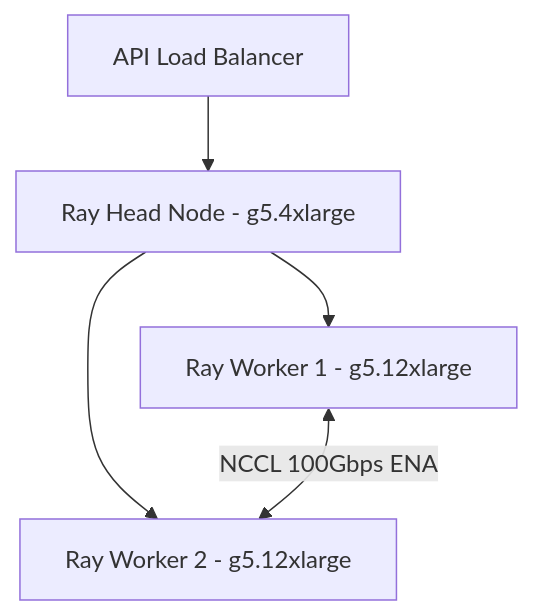
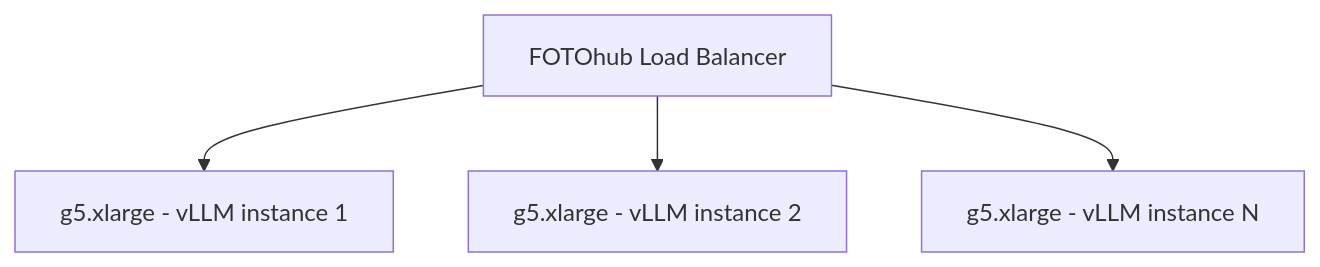
Before and after one commit to fotohubapp/docs: the first of 2 diagrams in compute/benchmarks-comparison.md, drawn with Mermaid. The commit also changed other lines of this file and 91 other files, not shown here.

````diff
--- a/compute/benchmarks-comparison.md
+++ b/compute/benchmarks-comparison.md
@@ -258,7 +278,6 @@
 ```mermaid
 graph TD
-    LB[API Load Balancer] --> Head[Ray Head Node - g5.4xlarge]
-    Head --> Worker1[Ray Worker 1 - g5.12xlarge]
-    Head --> Worker2[Ray Worker 2 - g5.12xlarge]
-    Worker1 <-->|NCCL 100Gbps ENA| Worker2
+    LB[FOTOhub Load Balancer] --> Worker1[g5.xlarge - vLLM instance 1]
+    LB --> Worker2[g5.xlarge - vLLM instance 2]
+    LB --> Worker3[g5.xlarge - vLLM instance N]
 ```
````
